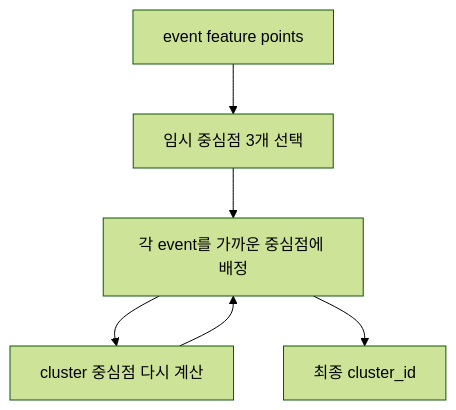
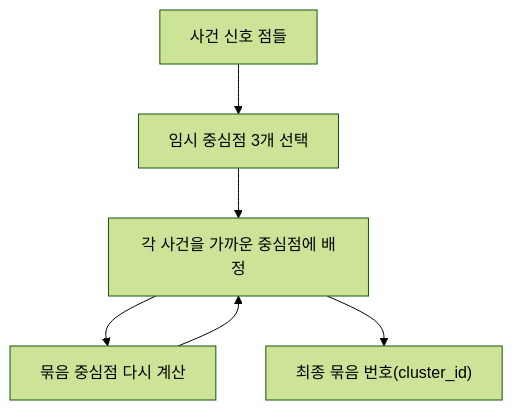
Before and after one commit to mossyantler/flood-underestimation-lstm: the third of 4 diagrams in docs/explain/07_ml_flood_generation_typing.md, drawn with Mermaid (forest theme). The commit also changed other lines of this file and 13 other files, not shown here.

````diff
--- a/docs/explain/07_ml_flood_generation_typing.md
+++ b/docs/explain/07_ml_flood_generation_typing.md
@@ -193,8 +226,8 @@
 ```mermaid
 flowchart TD
-    A["event feature points"] --> B["임시 중심점 3개 선택"]
-    B --> C["각 event를 가까운 중심점에 배정"]
-    C --> D["cluster 중심점 다시 계산"]
+    A["사건 신호 점들"] --> B["임시 중심점 3개 선택"]
+    B --> C["각 사건을 가까운 중심점에 배정"]
+    C --> D["묶음 중심점 다시 계산"]
     D --> C
-    C --> E["최종 cluster_id"]
+    C --> E["최종 묶음 번호(cluster_id)"]
 ```
````
